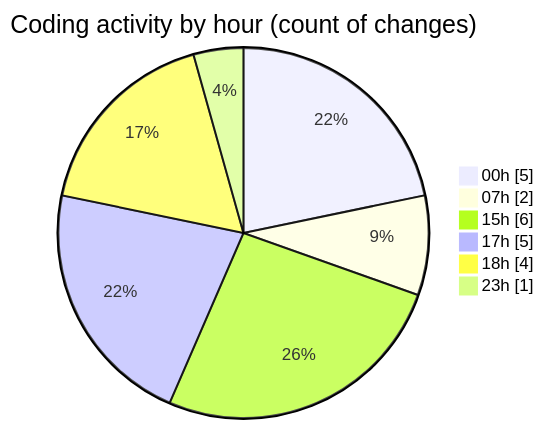
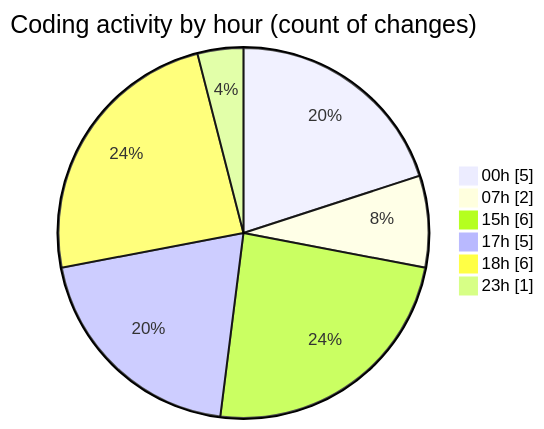
Before and after one commit to Elitesun/code-tracking: the second of 2 diagrams in 2025-04-11/product-page/README.md, drawn with Mermaid. The commit also changed other lines of this file and 1 other file, not shown here.

````diff
--- a/2025-04-11/product-page/README.md
+++ b/2025-04-11/product-page/README.md
@@ -39,10 +39,10 @@
 ```mermaid
 pie showData
 title Coding activity by hour (count of changes)
 "00h" : 5
 "07h" : 2
 "15h" : 6
 "17h" : 5
-"18h" : 4
+"18h" : 6
 "23h" : 1
 ```
````
